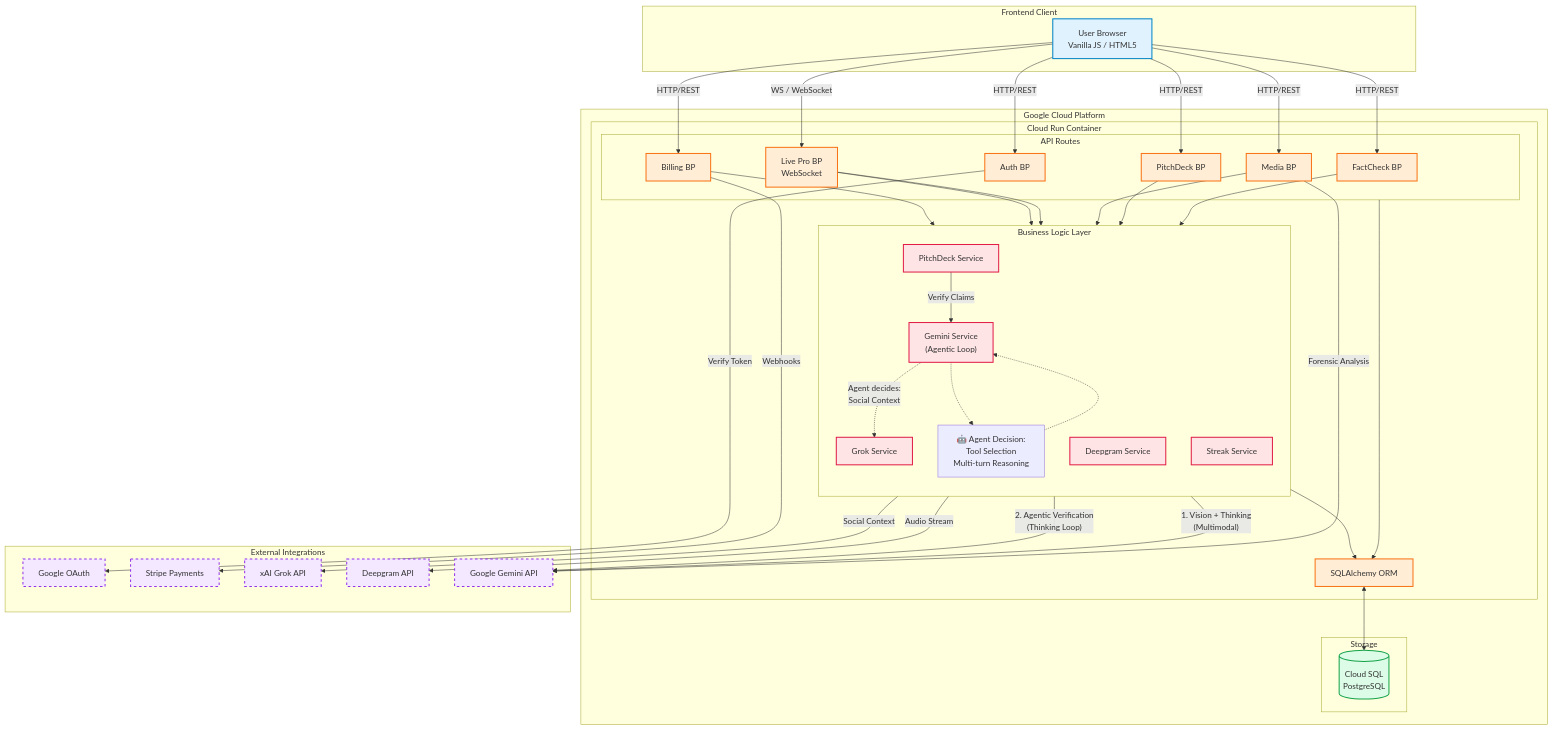
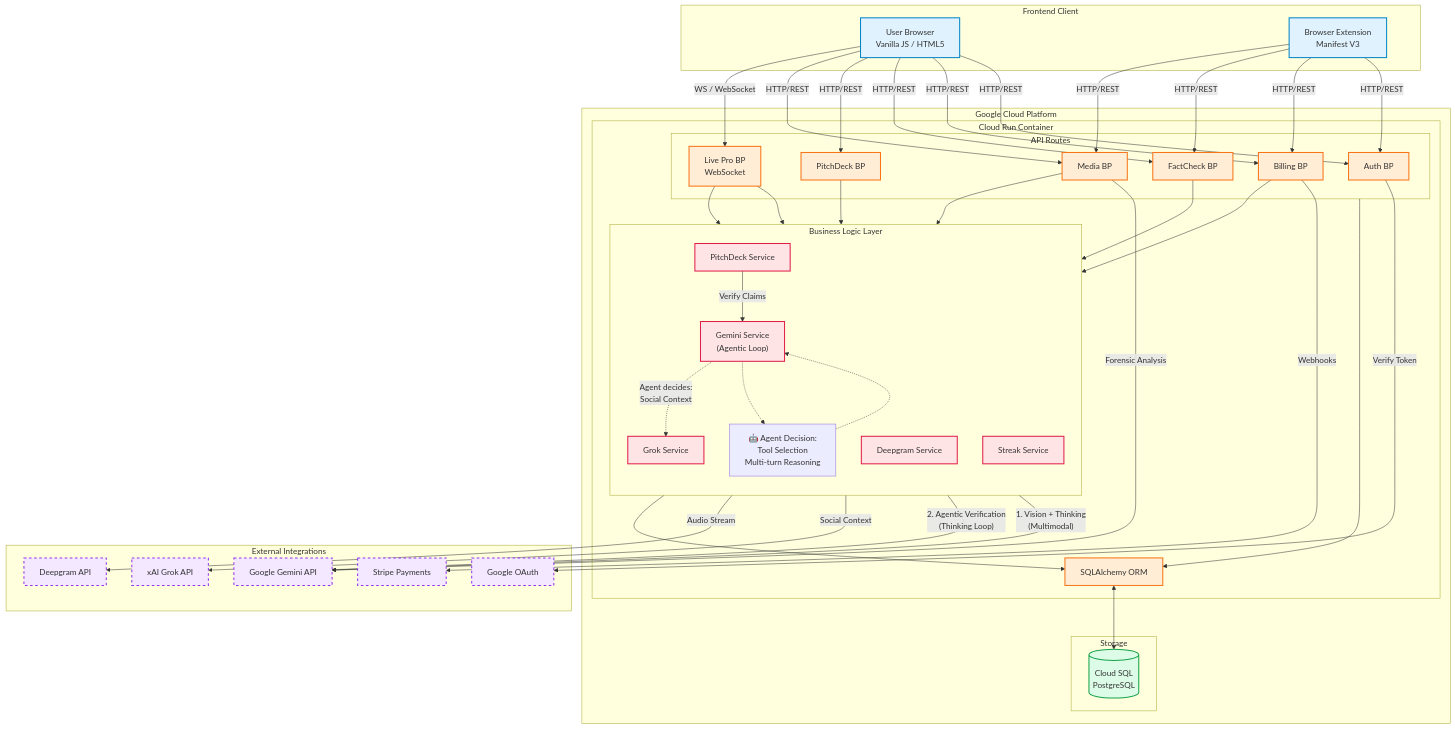
One commit to defluff/satoricheck changed the diagram in README.md. Above: the diagram before and after it, drawn with Mermaid. The commit also changed other lines of this file and 26 other files, not shown here.

```diff
--- a/README.md
+++ b/README.md
@@ -64,6 +65,7 @@
 flowchart TB
  subgraph Client["Frontend Client"]
         Browser["User Browser<br>Vanilla JS / HTML5"]
+        Extension["Browser Extension<br>Manifest V3"]
   end
  subgraph API["API Routes"]
         AuthBP["Auth BP"]
@@ -105,6 +107,7 @@
   end
     Browser -- HTTP/REST --> AuthBP & BillingBP & FactBP & PitchBP & MediaBP
     Browser -- WS / WebSocket --> LiveBP
+    Extension -- HTTP/REST --> AuthBP & BillingBP & FactBP & MediaBP
     FactBP --> GeminiSvc
     PitchBP --> PitchSvc
     MediaBP --> GeminiSvc
@@ -124,6 +127,7 @@
     ORM <--> DB
 
      Browser:::client
+     Extension:::client
      AuthBP:::route
      BillingBP:::route
      FactBP:::route
```
